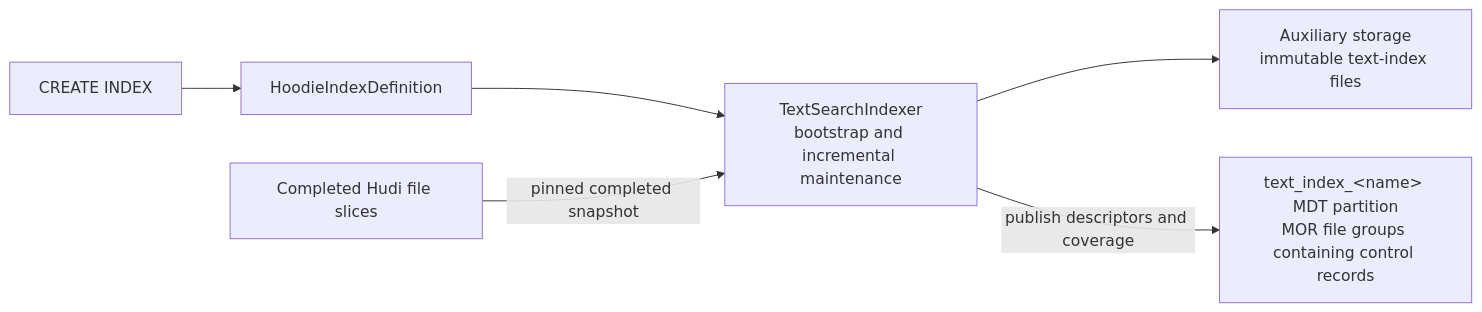
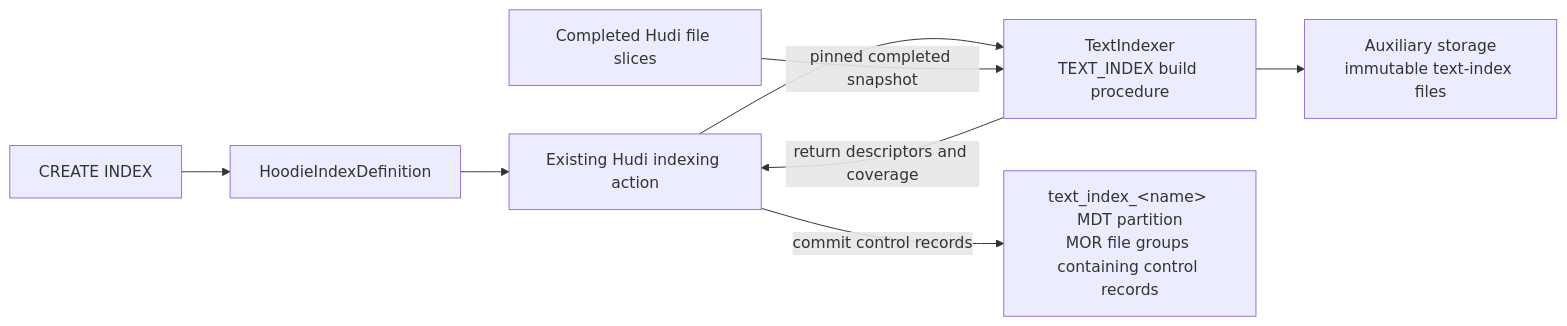
One commit to apache/hudi changed the first of 4 diagrams in rfc/rfc-110/rfc-110.md. Above: the diagram before and after it, drawn with Mermaid. The commit also changed other lines of this file, not shown here.

Commit message:
docs: clarify RFC-110 user flow and indexing lifecycle

````diff
--- a/rfc/rfc-110/rfc-110.md
+++ b/rfc/rfc-110/rfc-110.md
@@ -368,15 +403,18 @@
 ```mermaid
 flowchart LR
     CREATE["CREATE INDEX"]
     DEFINITION["HoodieIndexDefinition"]
     DATA["Completed Hudi file slices"]
-    INDEXER["TextSearchIndexer<br/>bootstrap and incremental maintenance"]
+    ACTION["Existing Hudi indexing action"]
+    INDEXER["TextIndexer<br/>TEXT_INDEX build procedure"]
     FILES["Auxiliary storage<br/>immutable text-index files"]
     MDT["text_index_&lt;name&gt; MDT partition<br/>MOR file groups containing control records"]
 
     CREATE --> DEFINITION
-    DEFINITION --> INDEXER
+    DEFINITION --> ACTION
+    ACTION --> INDEXER
     DATA -->|"pinned completed snapshot"| INDEXER
     INDEXER --> FILES
-    INDEXER -->|"publish descriptors and coverage"| MDT
+    INDEXER -->|"return descriptors and coverage"| ACTION
+    ACTION -->|"commit control records"| MDT
 ```
````
